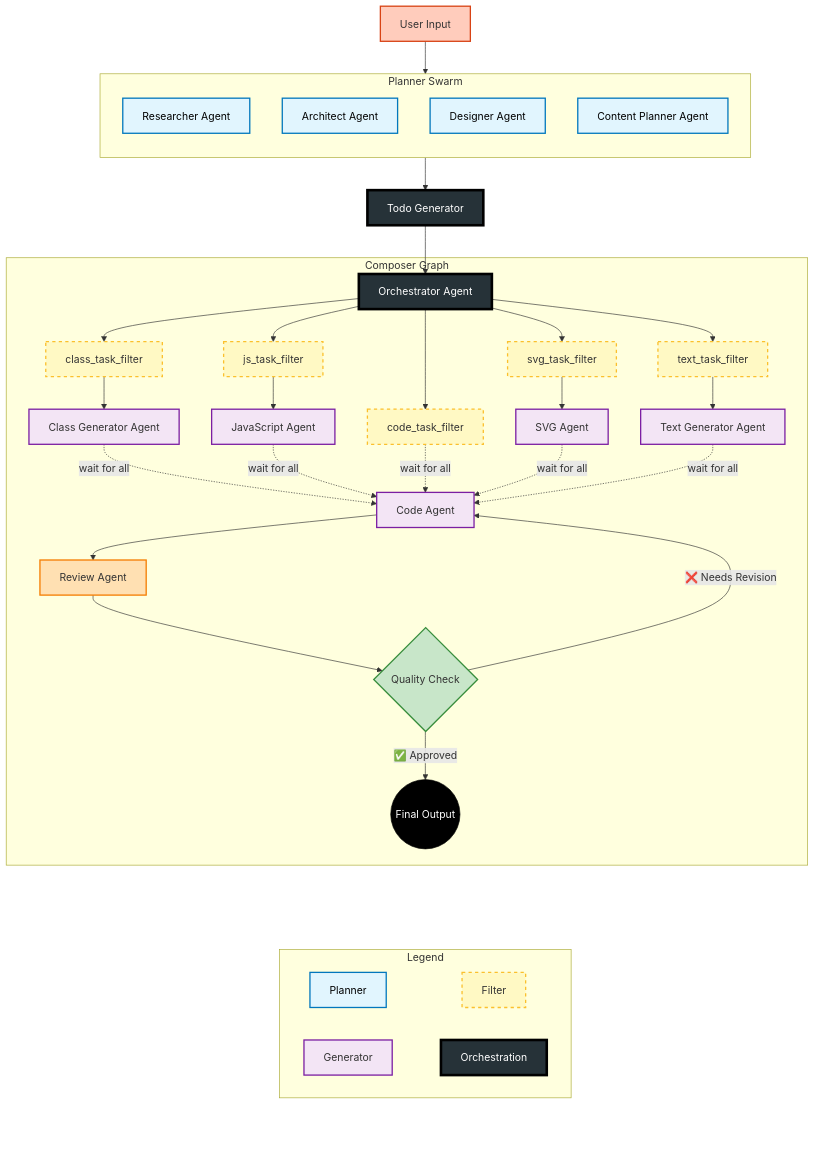
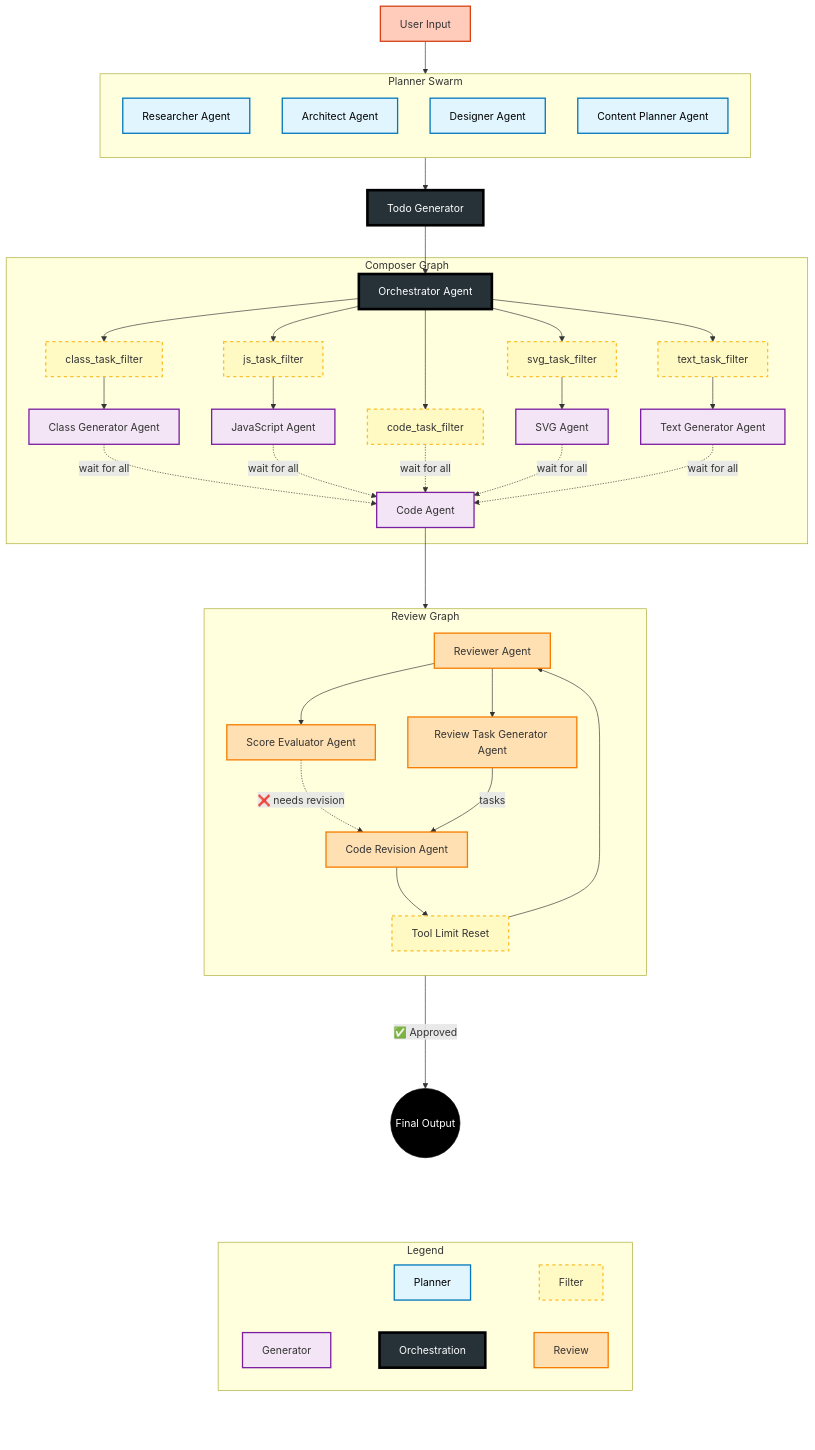
Before and after one commit to lmandrelli/grape-coder: the diagram in README.md, drawn with Mermaid. The commit also changed other lines of this file and 1 other file, not shown here.

Commit message:
chore(docs): update README and Mermaid

```diff
--- a/README.md
+++ b/README.md
@@ -113,7 +119,7 @@
 
     %% --- MAIN GRAPH ---
     User[User Input]:::userInput --> PlannerSwarm
-    PlannerSwarm --> TodoGenerator[Todo Generator]:::orchestrator 
+    PlannerSwarm --> TodoGenerator[Todo Generator]:::orchestrator
     TodoGenerator --> Orchestrator
 
     subgraph PlannerSwarm["Planner Swarm"]
@@ -140,9 +146,6 @@
         SVGAgent[SVG Agent]
         TextAgent[Text Generator Agent]
         CodeAgent[Code Agent]
-        ReviewAgent[Review Agent]
-        QualityCheck{Quality Check}
-        FinalOutput((Final Output))
 
         %% Links
         Orchestrator --> ClassFilter & JSFilter & SVGFilter & TextFilter & CodeFilter
@@ -152,19 +155,33 @@
         TextFilter --> TextAgent
 
         ClassAgent & JSAgent & CodeFilter & SVGAgent & TextAgent -.->|wait for all| CodeAgent
+    end
 
-        %% Review loop
-        CodeAgent --> ReviewAgent
-        ReviewAgent --> QualityCheck
-        QualityCheck -- "❌ Needs Revision" --> CodeAgent
-        QualityCheck -- "✅ Approved" --> FinalOutput
+    CodeAgent ---> Reviewer
+
+    subgraph ReviewGraph["Review Graph"]
+        direction TB
+        ToolReset[Tool Limit Reset]
+        Reviewer[Reviewer Agent]
+        ScoreEvaluator[Score Evaluator Agent]
+        TaskGenerator[Review Task Generator Agent]
+        CodeRevision[Code Revision Agent]
+
+        ToolReset --> Reviewer
+        Reviewer --> ScoreEvaluator
+        Reviewer --> TaskGenerator
+        ScoreEvaluator -.->|❌ needs revision| CodeRevision
+        TaskGenerator -- tasks --> CodeRevision
+        CodeRevision --> ToolReset
     end
+
+    ScoreEvaluator -- "✅ Approved" ----> FinalOutput((Final Output))
 
     %% --- APPLY CLASSES ---
     class Researcher,Architect,Designer,ContentPlanner planner;
-    class ClassFilter,JSFilter,SVGFilter,TextFilter,CodeFilter filter;
+    class ClassFilter,JSFilter,SVGFilter,TextFilter,CodeFilter,ToolReset filter;
     class ClassAgent,JSAgent,SVGAgent,TextAgent,CodeAgent generator;
-    class ReviewAgent reviewer;
+    class Reviewer,ScoreEvaluator,TaskGenerator,CodeRevision reviewer;
     class QualityCheck decision;
     class FinalOutput endNode;
 
@@ -179,9 +196,11 @@
         L2[Filter]:::filter
         L3[Generator]:::generator
         L5[Orchestration]:::orchestrator
+        L6[Review]:::reviewer
 
         L1 ~~~ L2
         L3 ~~~ L5
+        L5 ~~~ L6
     end
 
     %% Invisible links to enforce centered layout
```
